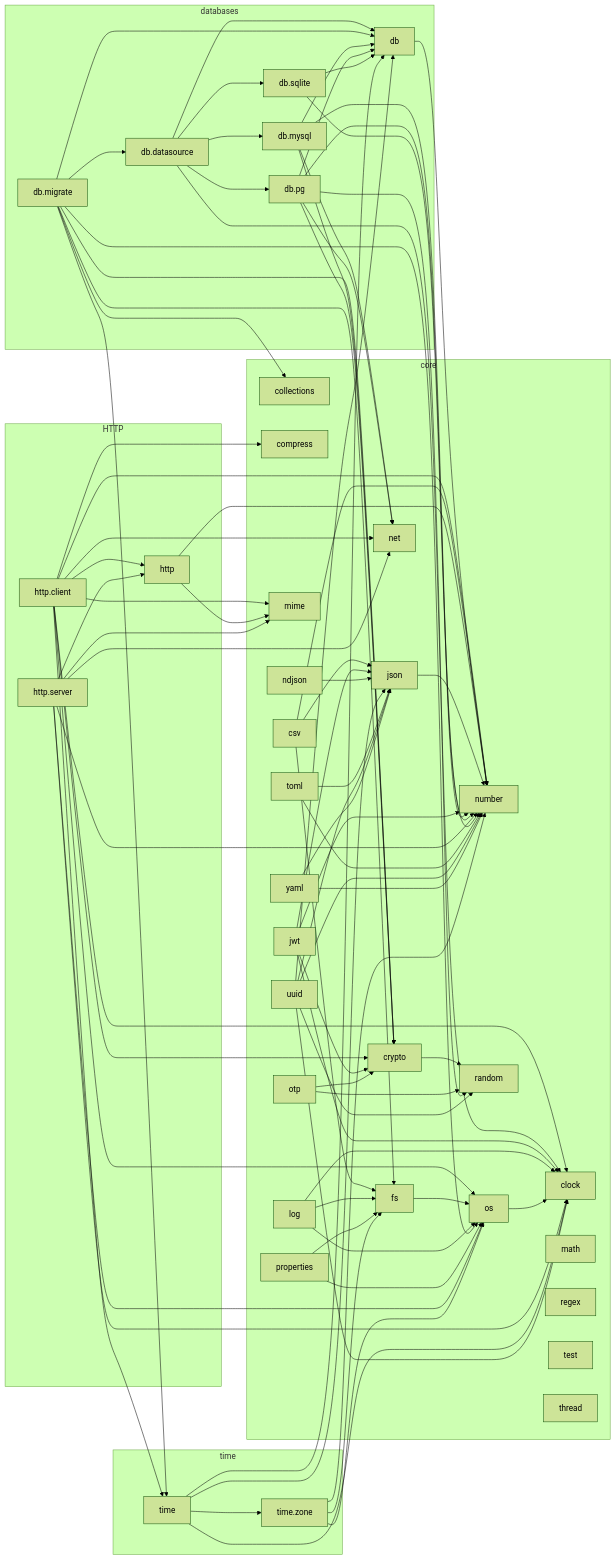
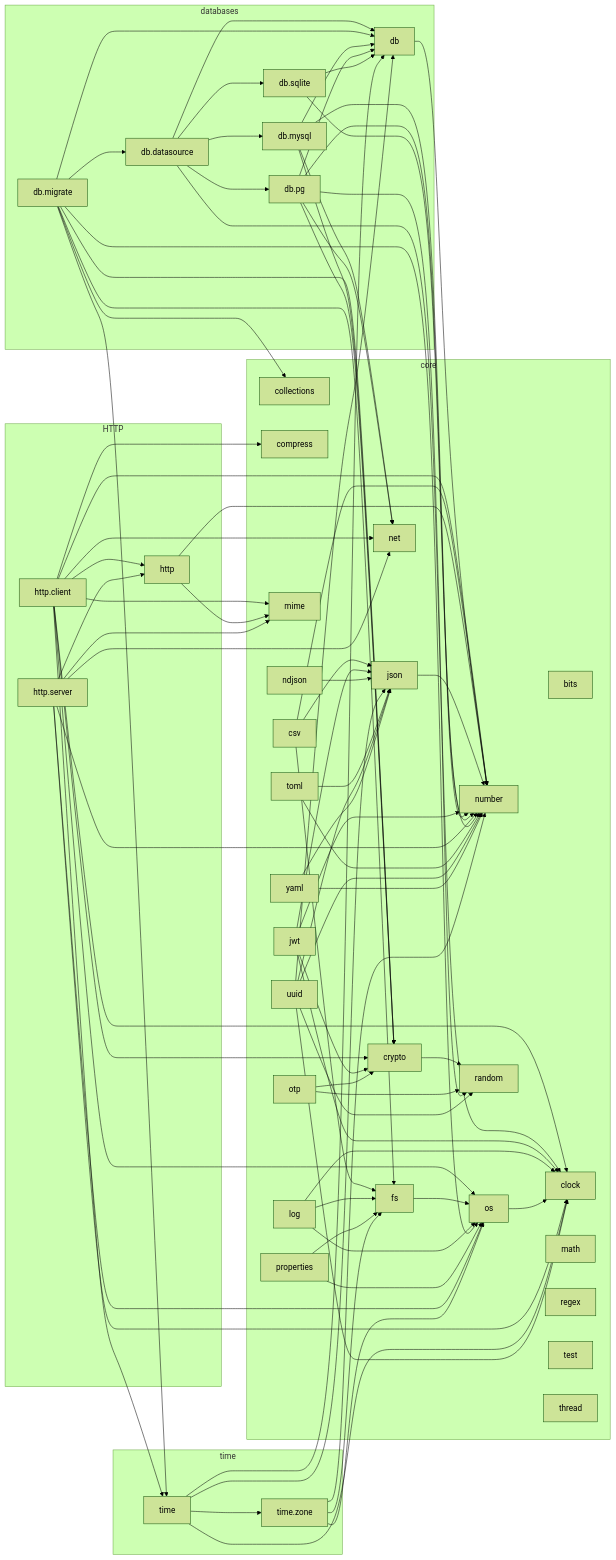
The diagram in docs/lib/dependencies.md (vasnatech/ziman), drawn with Mermaid (forest theme) before and after one commit. The commit also changed other lines of this file and 34 other files, not shown here.

````diff
--- a/docs/lib/dependencies.md
+++ b/docs/lib/dependencies.md
@@ -8,6 +8,7 @@
 ```mermaid
 flowchart LR
     subgraph group_core["core"]
+        bits["bits"]
         clock["clock"]
         collections["collections"]
         compress["compress"]
````
